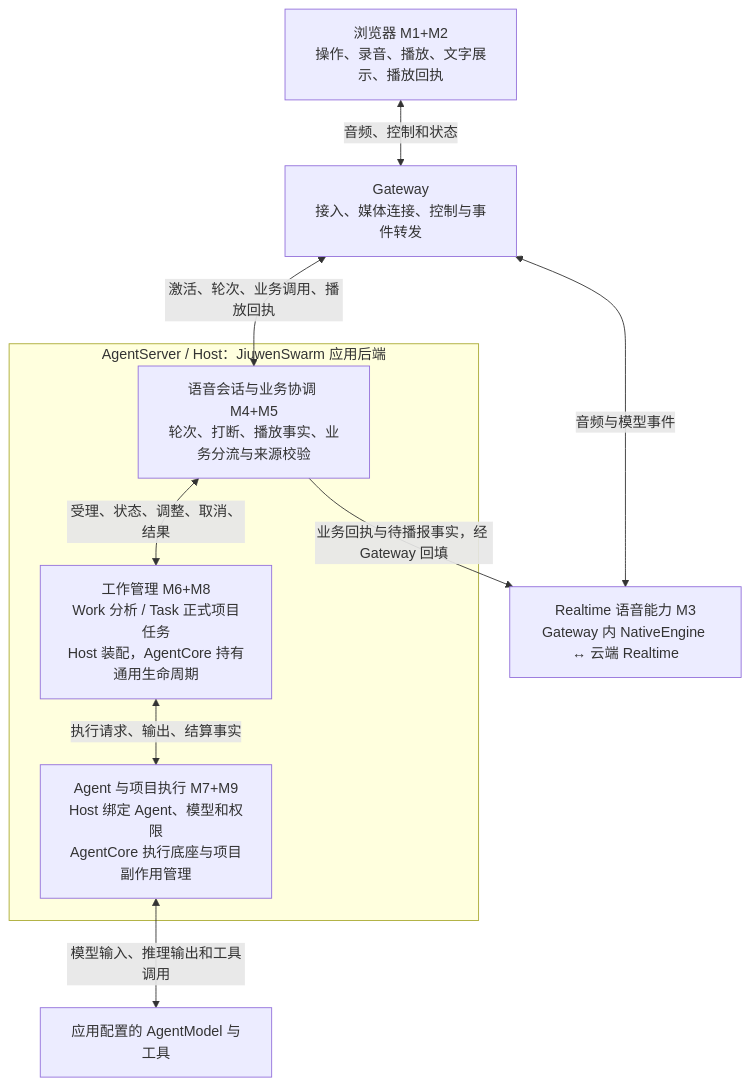
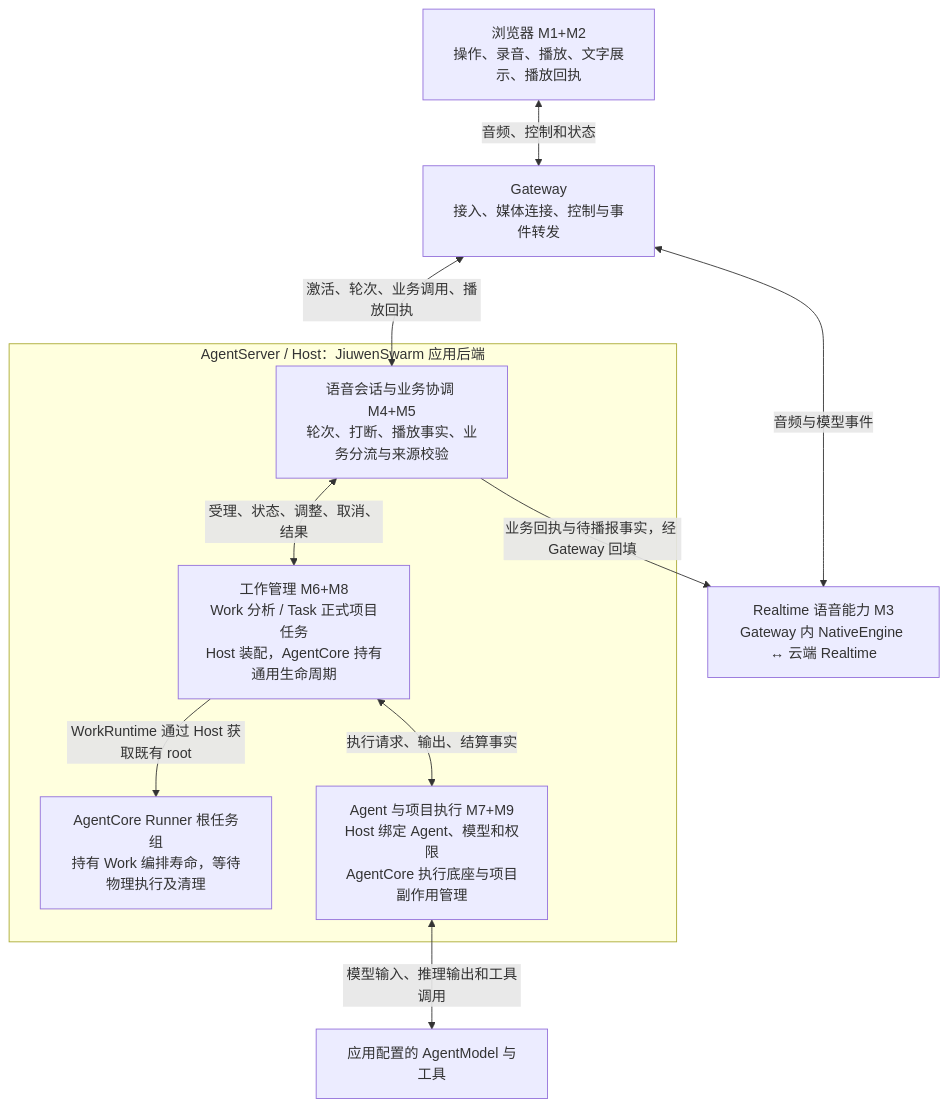
Before and after one commit to agtai/jiuwenswarm: the first of 2 diagrams in live-voice/architecture/LIVE_VOICE_MODULE_GUIDE.md, drawn with Mermaid. The commit also changed other lines of this file and 11 other files, not shown here.

Commit message:
refactor(work): use Host Runner ownership with verified SDK settlement

````diff
--- a/live-voice/architecture/LIVE_VOICE_MODULE_GUIDE.md
+++ b/live-voice/architecture/LIVE_VOICE_MODULE_GUIDE.md
@@ -16,18 +20,20 @@
 ```mermaid
 flowchart TB
   B["浏览器 M1+M2<br/>操作、录音、播放、文字展示、播放回执"]
   G["Gateway<br/>接入、媒体连接、控制与事件转发"]
   E["Realtime 语音能力 M3<br/>Gateway 内 NativeEngine ↔ 云端 Realtime"]
   subgraph H["AgentServer / Host：JiuwenSwarm 应用后端"]
     C["语音会话与业务协调 M4+M5<br/>轮次、打断、播放事实、业务分流与来源校验"]
     W["工作管理 M6+M8<br/>Work 分析 / Task 正式项目任务<br/>Host 装配，AgentCore 持有通用生命周期"]
+    R["AgentCore Runner 根任务组<br/>持有 Work 编排寿命，等待物理执行及清理"]
+    W -->|WorkRuntime 通过 Host 获取既有 root| R
     X["Agent 与项目执行 M7+M9<br/>Host 绑定 Agent、模型和权限<br/>AgentCore 执行底座与项目副作用管理"]
     C <-->|受理、状态、调整、取消、结果| W
     W <-->|执行请求、输出、结算事实| X
   end
   B <-->|音频、控制和状态| G
   G <-->|音频与模型事件| E
   G <-->|激活、轮次、业务调用、播放回执| C
   C -->|业务回执与待播报事实，经 Gateway 回填| E
   X <-->|模型输入、推理输出和工具调用| A["应用配置的 AgentModel 与工具"]
 ```
````
